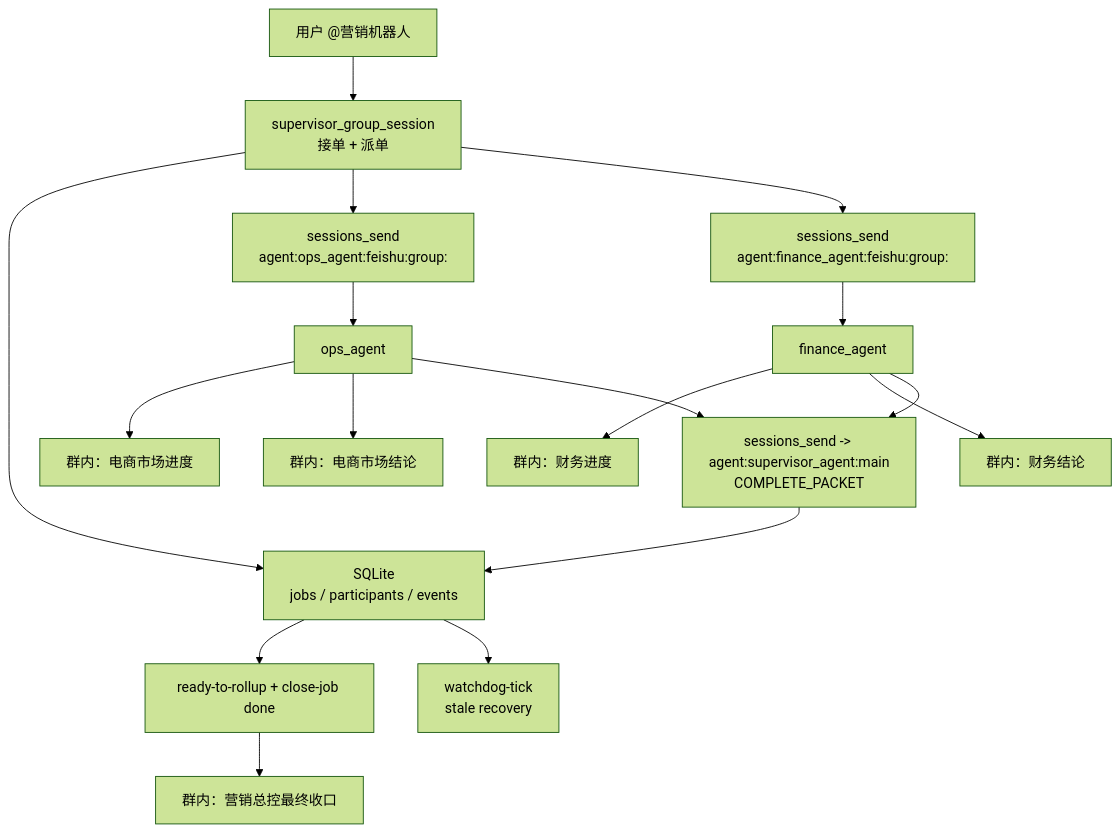
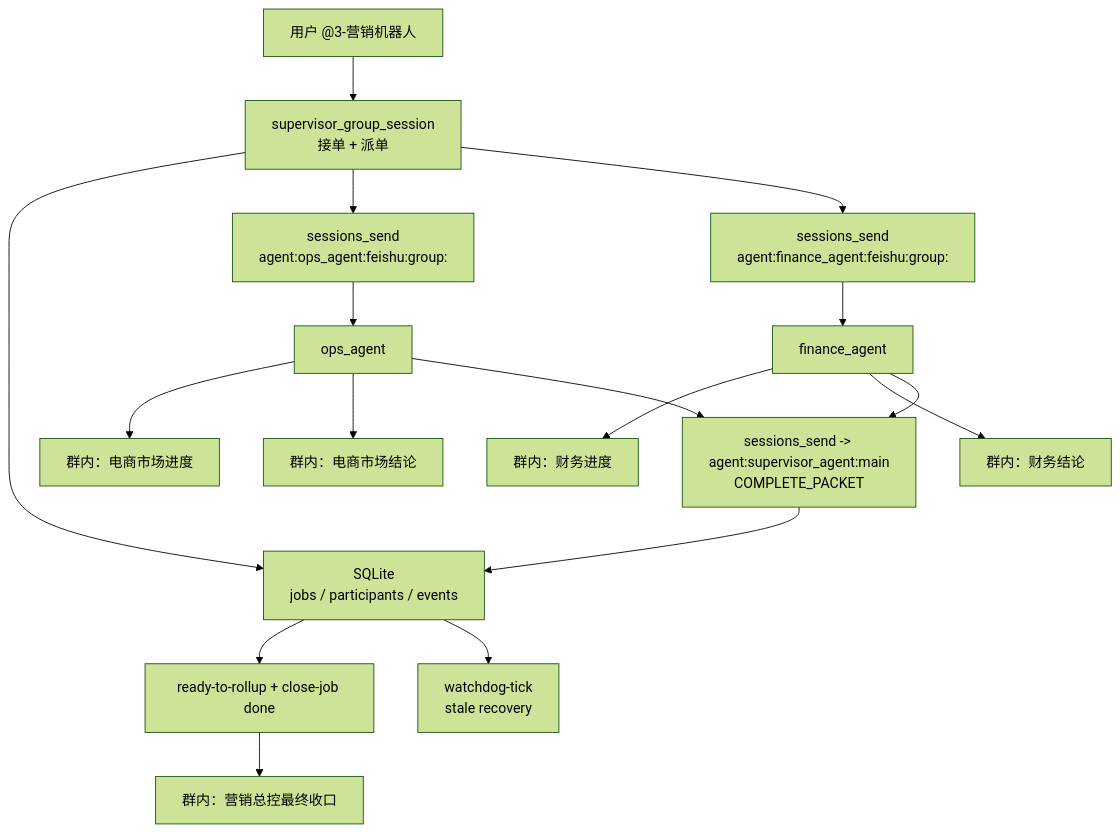
The diagram in skills/openclaw-feishu-multi-agent-deploy/references/codex-prompt-templates-v4.3.1-single-group-production-C1.0.md (seaworld008/OpenClaw-Feishu-Multi-Agent), drawn with Mermaid (forest theme) before and after one commit. The commit also changed other lines of this file and 1 other file, not shown here.

````diff
--- a/skills/openclaw-feishu-multi-agent-deploy/references/codex-prompt-templates-v4.3.1-single-group-production-C1.0.md
+++ b/skills/openclaw-feishu-multi-agent-deploy/references/codex-prompt-templates-v4.3.1-single-group-production-C1.0.md
@@ -163,19 +172,19 @@
 ```mermaid
 flowchart TD
-  user["用户 @营销机器人"] --> supGroup["supervisor_group_session\n接单 + 派单"]
+  user["用户 @3-营销机器人"] --> supGroup["supervisor_group_session\n接单 + 派单"]
   supGroup --> registry["SQLite\njobs / participants / events"]
   supGroup --> opsDispatch["sessions_send\nagent:ops_agent:feishu:group:<peerId>"]
   supGroup --> finDispatch["sessions_send\nagent:finance_agent:feishu:group:<peerId>"]
   opsDispatch --> ops["ops_agent"]
   finDispatch --> fin["finance_agent"]
   ops --> opsProgress["群内：电商市场进度"]
   ops --> opsFinal["群内：电商市场结论"]
   fin --> finProgress["群内：财务进度"]
   fin --> finFinal["群内：财务结论"]
   ops --> hiddenMain["sessions_send -> agent:supervisor_agent:main\nCOMPLETE_PACKET"]
   fin --> hiddenMain
   hiddenMain --> registry
   registry --> rollup["ready-to-rollup + close-job done"]
   rollup --> supFinal["群内：营销总控最终收口"]
   registry --> watchdog["watchdog-tick\nstale recovery"]
 ```
````
